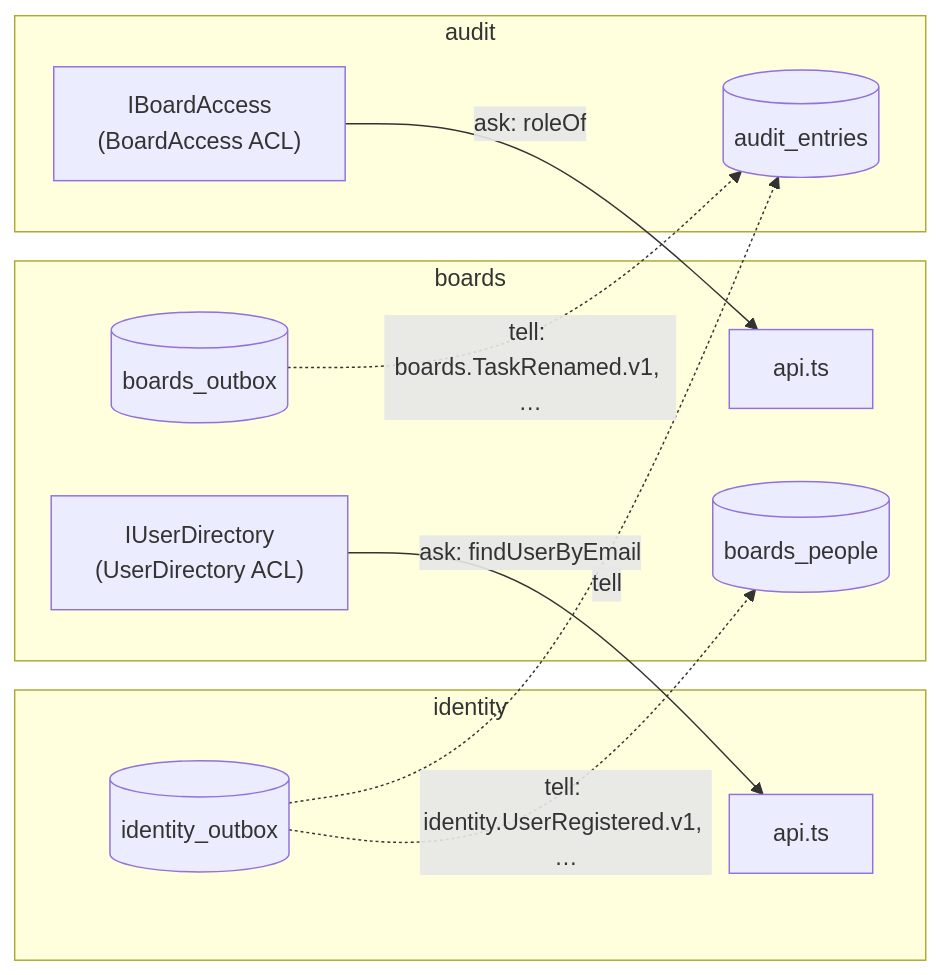
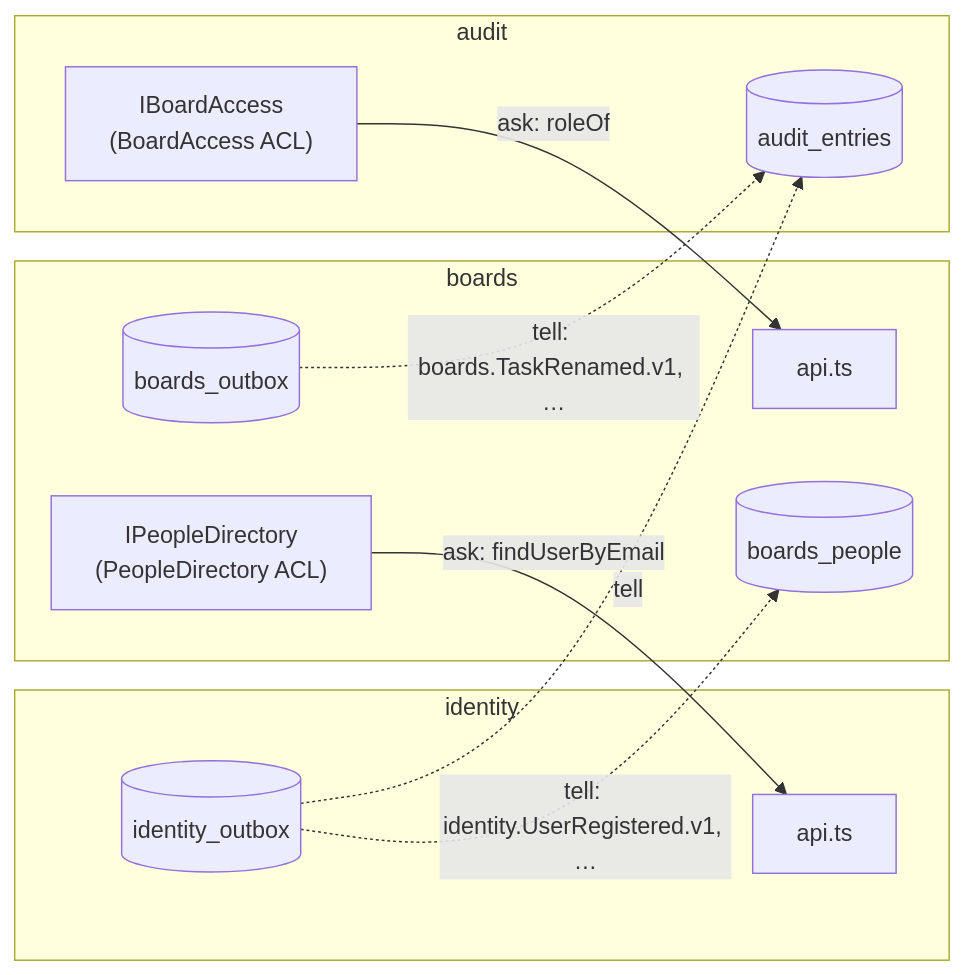
The first of 2 diagrams in site/contexts/index.md (B-Jones-RFD/next-ddd-starter), drawn with Mermaid before and after one commit. The commit also changed other lines of this file and 20 other files, not shown here.

````diff
--- a/site/contexts/index.md
+++ b/site/contexts/index.md
@@ -19,22 +19,22 @@
 ```mermaid
 flowchart LR
   subgraph identity
     iapi["api.ts"]
     iout[("identity_outbox")]
   end
   subgraph boards
-    dir["IUserDirectory<br/>(UserDirectory ACL)"]
+    dir["IPeopleDirectory<br/>(PeopleDirectory ACL)"]
     bapi["api.ts"]
     bout[("boards_outbox")]
     people[("boards_people")]
   end
   subgraph audit
     acc["IBoardAccess<br/>(BoardAccess ACL)"]
     log[("audit_entries")]
   end
   dir -- "ask: findUserByEmail" --> iapi
   acc -- "ask: roleOf" --> bapi
   iout -. "tell: identity.UserRegistered.v1, …" .-> people
   iout -. "tell" .-> log
   bout -. "tell: boards.TaskRenamed.v1, …" .-> log
 ```
````
